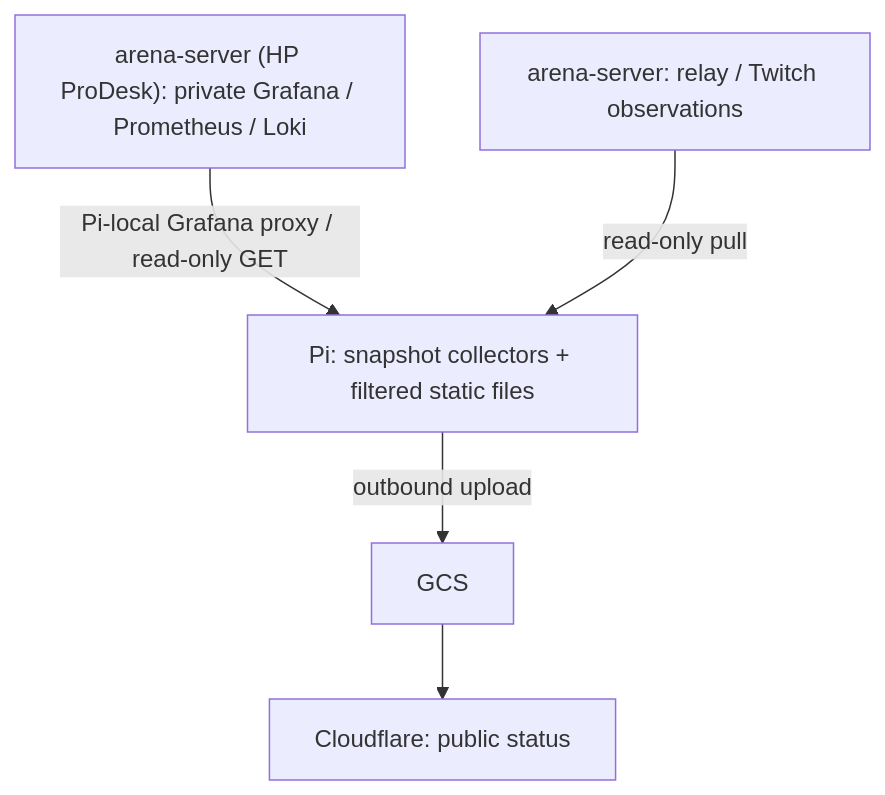
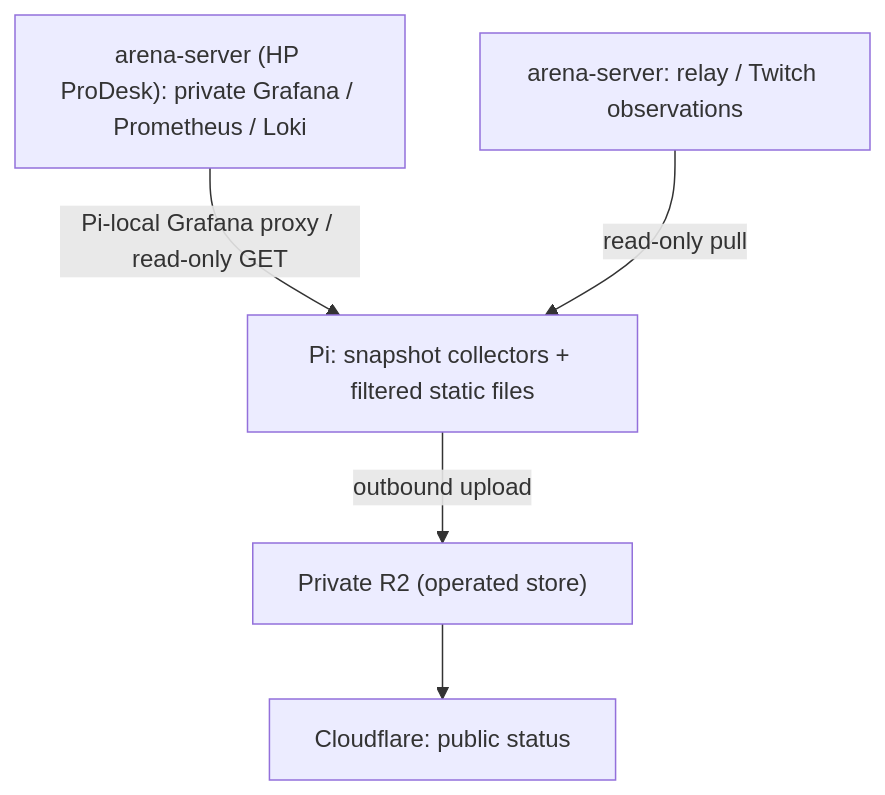
One commit to yukimurata0421/live-stream-systems-case-study changed the second of 2 diagrams in README.md. Above: the diagram before and after it, drawn with Mermaid. The commit also changed 33 other files, not shown here.

````diff
--- a/README.md
+++ b/README.md
@@ -103,7 +103,7 @@
 ```mermaid
 flowchart TB
     GRAF["arena-server (HP ProDesk): private Grafana / Prometheus / Loki"] -->|"Pi-local Grafana proxy / read-only GET"| PI["Pi: snapshot collectors + filtered static files"]
     ARENA["arena-server: relay / Twitch observations"] -->|"read-only pull"| PI
-    PI -->|"outbound upload"| GCS["GCS"]
-    GCS --> CF["Cloudflare: public status"]
+    PI -->|"outbound upload"| STORE["Private R2 (operated store)"]
+    STORE --> CF["Cloudflare: public status"]
 ```
````
